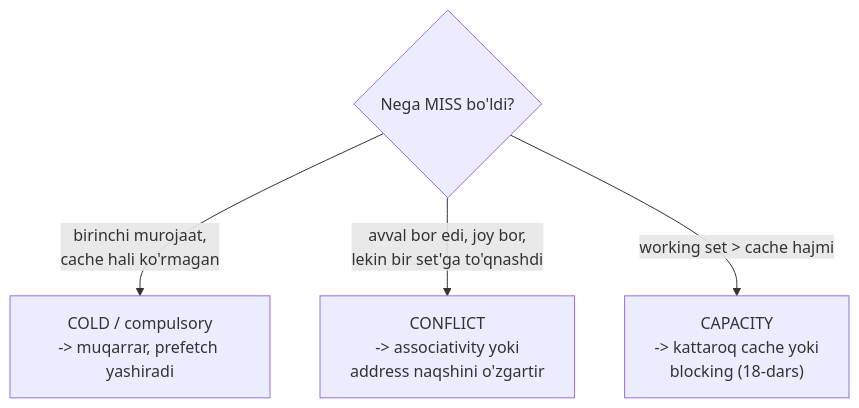
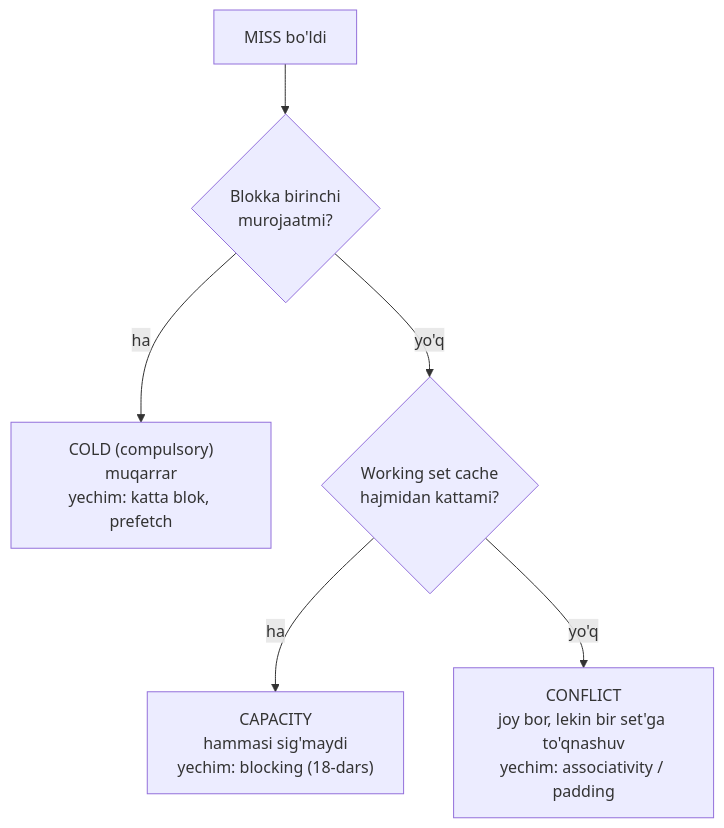
One commit to Otajonoov/dev changed the fourth of 4 diagrams in 6. Computer Systems/17-cache-memories.md. Above: the diagram before and after it, drawn with Mermaid. The commit also changed other lines of this file and 15 other files, not shown here.

````diff
--- a/6. Computer Systems/17-cache-memories.md
+++ b/6. Computer Systems/17-cache-memories.md
@@ -162,7 +183,8 @@
 ```mermaid
 flowchart TD
-    M{"Nega MISS bo'ldi?"}
-    M -->|"birinchi murojaat,<br/>cache hali ko'rmagan"| COLD["COLD / compulsory<br/>-> muqarrar, prefetch yashiradi"]
-    M -->|"avval bor edi, joy bor,<br/>lekin bir set'ga to'qnashdi"| CONF["CONFLICT<br/>-> associativity yoki<br/>address naqshini o'zgartir"]
-    M -->|"working set > cache hajmi"| CAP["CAPACITY<br/>-> kattaroq cache yoki<br/>blocking (18-dars)"]
+    M["MISS bo'ldi"] --> Q1{"Blokka birinchi<br/>murojaatmi?"}
+    Q1 -->|"ha"| COLD["COLD (compulsory)<br/>muqarrar<br/>yechim: katta blok, prefetch"]
+    Q1 -->|"yo'q"| Q2{"Working set cache<br/>hajmidan kattami?"}
+    Q2 -->|"ha"| CAP["CAPACITY<br/>hammasi sig'maydi<br/>yechim: blocking (18-dars)"]
+    Q2 -->|"yo'q"| CONF["CONFLICT<br/>joy bor, lekin bir set'ga to'qnashuv<br/>yechim: associativity / padding"]
 ```
````
